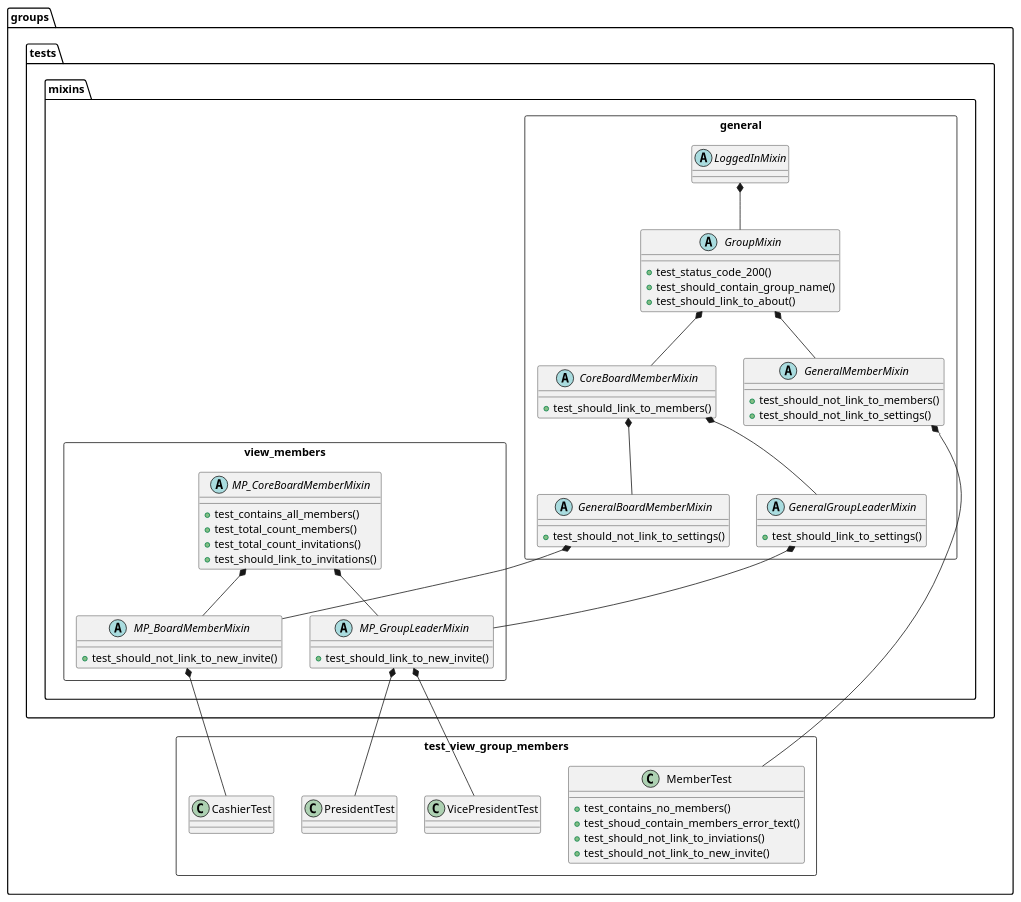
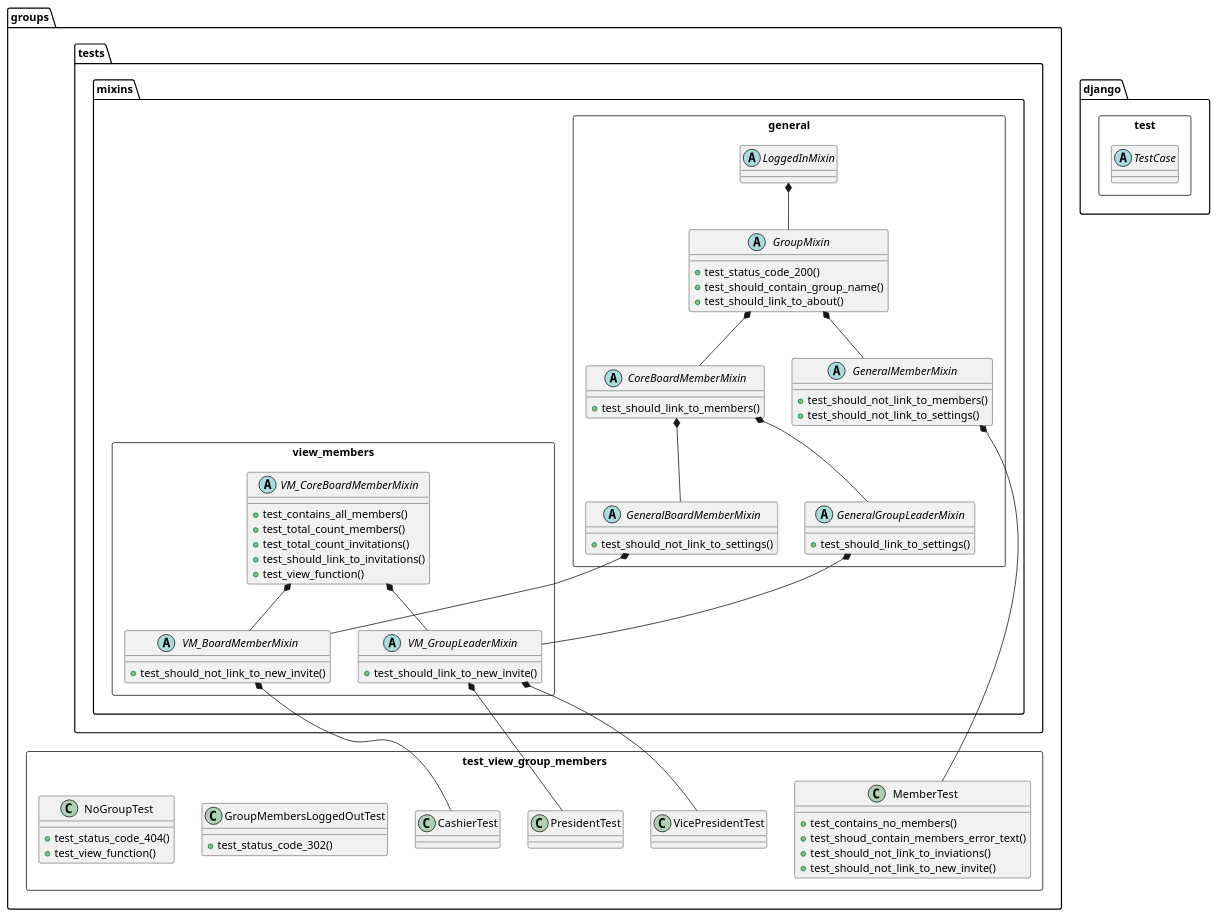
Before and after one commit to NTNUI/events-bachelor-v18: the diagram in diagrams/test-structure.puml, drawn with PlantUML. The commit also changed 3 other files, not shown here.

```diff
--- a/diagrams/test-structure.puml
+++ b/diagrams/test-structure.puml
@@ -1,72 +1,82 @@
 @startuml
 
 package groups.tests.mixins.general <<Rectangle>> {
   abstract class LoggedInMixin
   abstract class GroupMixin {
     + test_status_code_200()
     + test_should_contain_group_name()
     + test_should_link_to_about()
   }
   abstract class GeneralMemberMixin {
     + test_should_not_link_to_members()
     + test_should_not_link_to_settings()
   }
   abstract class CoreBoardMemberMixin {
     + test_should_link_to_members()
   }
   abstract class GeneralBoardMemberMixin {
     + test_should_not_link_to_settings()
   }
   abstract class GeneralGroupLeaderMixin {
     + test_should_link_to_settings()
   }
 }
 
 package groups.tests.mixins.view_members <<Rectangle>> {
-  abstract class MP_CoreBoardMemberMixin {
+  abstract class VM_CoreBoardMemberMixin {
     + test_contains_all_members()
     + test_total_count_members()
     + test_total_count_invitations()
     + test_should_link_to_invitations()
+    + test_view_function()
   }
-  abstract class MP_BoardMemberMixin {
+  abstract class VM_BoardMemberMixin {
     + test_should_not_link_to_new_invite()
   }
-  abstract class MP_GroupLeaderMixin {
+  abstract class VM_GroupLeaderMixin {
     + test_should_link_to_new_invite()
   }
 }
 
 
 package groups.test_view_group_members <<Rectangle>> {
   class MemberTest {
     + test_contains_no_members()
     + test_shoud_contain_members_error_text()
     + test_should_not_link_to_inviations()
     + test_should_not_link_to_new_invite()
   }
   class CashierTest
   class VicePresidentTest
   class PresidentTest
+  class GroupMembersLoggedOutTest {
+    + test_status_code_302()
+  }
+  class NoGroupTest {
+    + test_status_code_404()
+    + test_view_function()
+  }
 }
 
+package django.test <<Rectangle>> {
+  abstract class TestCase
+}
 
 LoggedInMixin *-- GroupMixin
 GroupMixin *-- CoreBoardMemberMixin
 GroupMixin *-- GeneralMemberMixin
 CoreBoardMemberMixin *-- GeneralBoardMemberMixin
 CoreBoardMemberMixin *-- GeneralGroupLeaderMixin
+VM_CoreBoardMemberMixin *-- VM_BoardMemberMixin
+GeneralBoardMemberMixin *-- VM_BoardMemberMixin
+VM_CoreBoardMemberMixin *-- VM_GroupLeaderMixin
+GeneralGroupLeaderMixin *-- VM_GroupLeaderMixin
+GeneralMemberMixin *-- MemberTest
+VM_BoardMemberMixin *-- CashierTest
+VM_GroupLeaderMixin *-- VicePresidentTest
+VM_GroupLeaderMixin *-- PresidentTest
 
-'CoreBoardMemberMixin *-- MP_CoreBoardMemberMixin
-MP_CoreBoardMemberMixin *-- MP_BoardMemberMixin
-GeneralBoardMemberMixin *-- MP_BoardMemberMixin
-MP_CoreBoardMemberMixin *-- MP_GroupLeaderMixin
-GeneralGroupLeaderMixin *-- MP_GroupLeaderMixin
-GeneralMemberMixin *-- MemberTest
-MP_BoardMemberMixin *-- CashierTest
-MP_GroupLeaderMixin *-- VicePresidentTest
-MP_GroupLeaderMixin *-- PresidentTest
 
 
 
 @enduml
```
